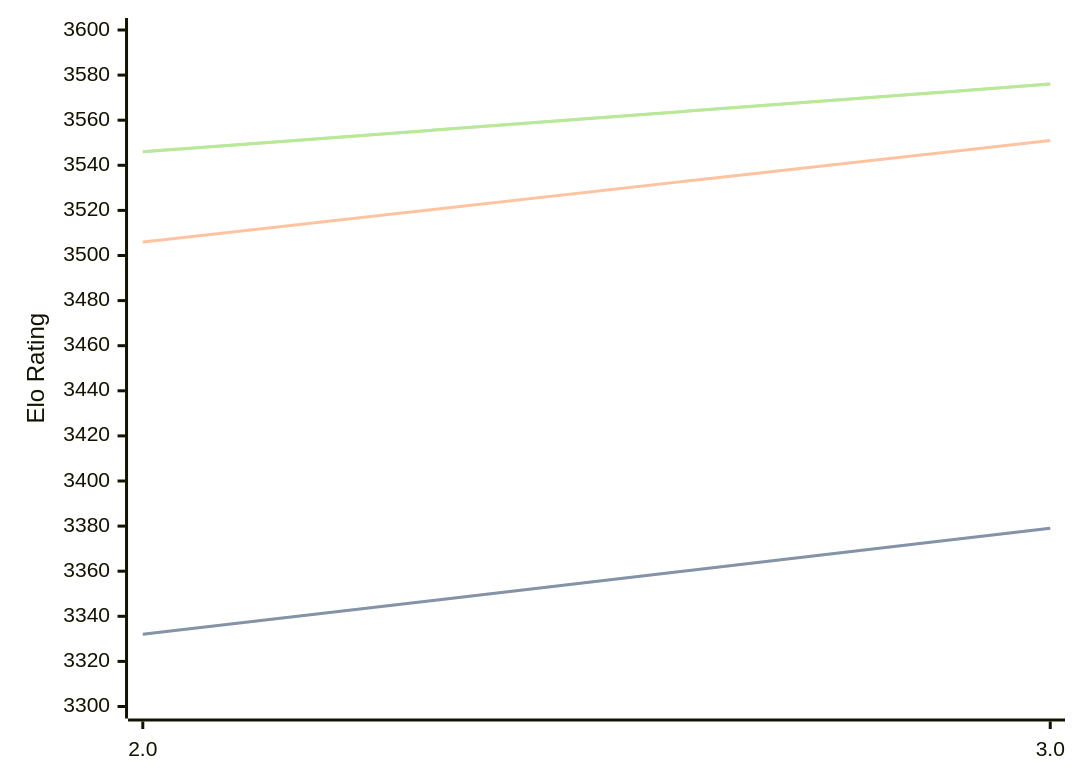
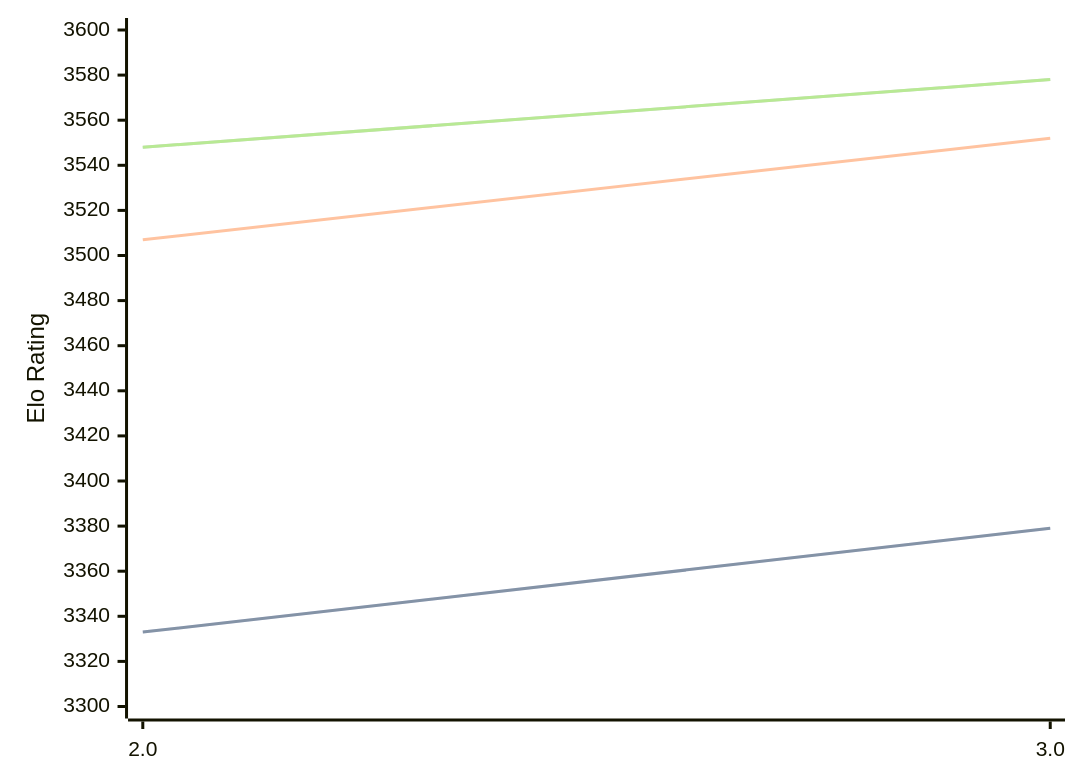
Before and after one commit to computer-chess-index/cci: the diagram in engines/Quanticade.md, drawn with Mermaid. The commit also changed other lines of this file, not shown here.

Commit message:
Update CCI Ratings (ELO VLTC) - 2026-04-27

````diff
--- a/engines/Quanticade.md
+++ b/engines/Quanticade.md
@@ -41,11 +41,11 @@
 ```mermaid
 %%{init: {"theme":"base","themeVariables":{"seriesColors:['#a3a3a3','#222221','#faa371']}}}%%
 xychart-beta
   x-axis ["2.0", "3.0"]
   y-axis "Elo Rating" 3300 --> 3600
-  line "STC (8.0+0.08s)" [3332, 3379]
-  line "STC (8.0+0.08s)" [3332, 3379]
-  line "LTC (60.0+0.60s)" [3506, 3551]
-  line "VLTC (2m24s+1.12s)" [3546, 3576]
-  line "VLTC (2m24s+1.12s)" [3546, 3576]
+  line "STC (8.0+0.08s)" [3333, 3379]
+  line "STC (8.0+0.08s)" [3333, 3379]
+  line "LTC (60.0+0.60s)" [3507, 3552]
+  line "VLTC (2m24s+1.12s)" [3548, 3578]
+  line "VLTC (2m24s+1.12s)" [3548, 3578]
 ```
````
